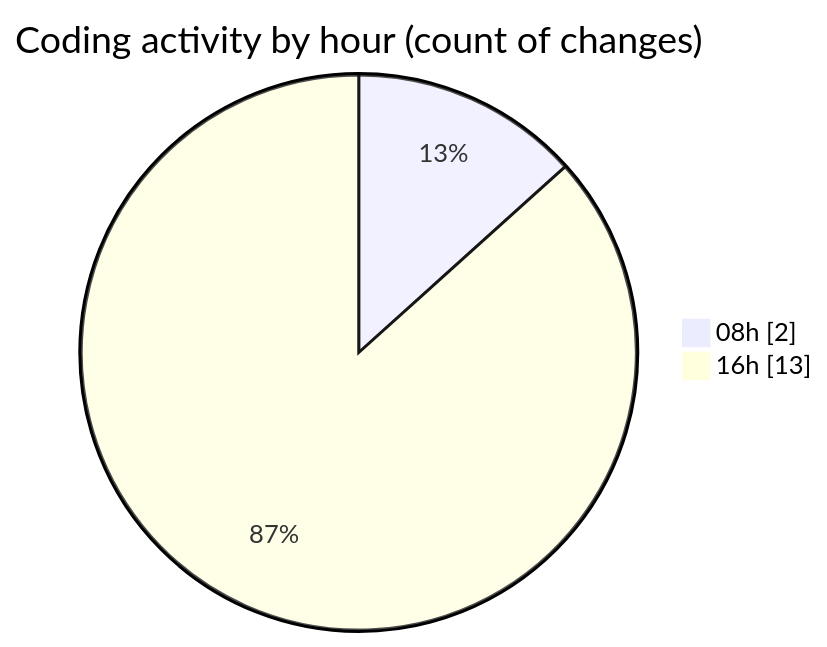
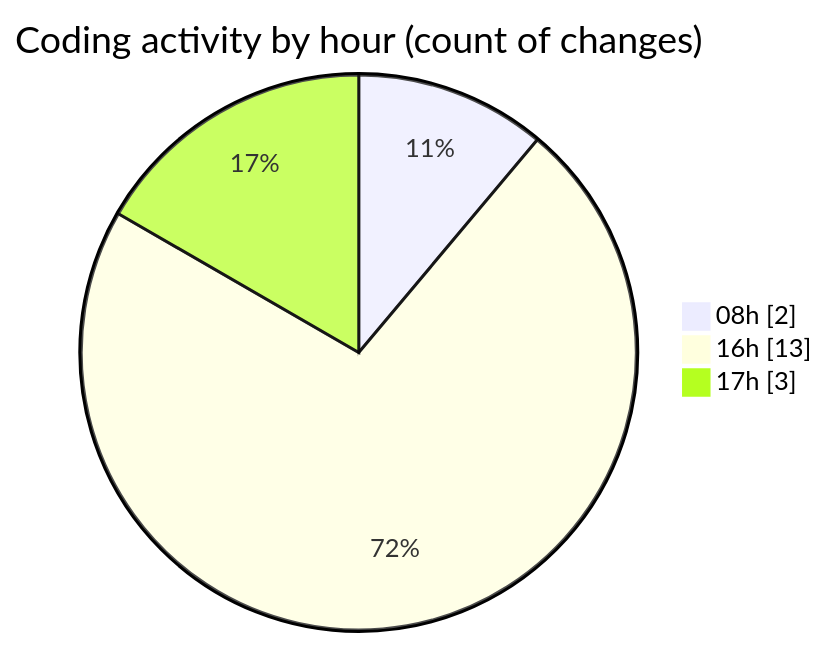
The second of 2 diagrams in 2025-03-14/lumine-web/README.md (robertbonfada/code-tracking), drawn with Mermaid before and after one commit. The commit also changed other lines of this file and 1 other file, not shown here.

````diff
--- a/2025-03-14/lumine-web/README.md
+++ b/2025-03-14/lumine-web/README.md
@@ -32,6 +33,7 @@
 ```mermaid
 pie showData
 title Coding activity by hour (count of changes)
 "08h" : 2
 "16h" : 13
+"17h" : 3
 ```
````
